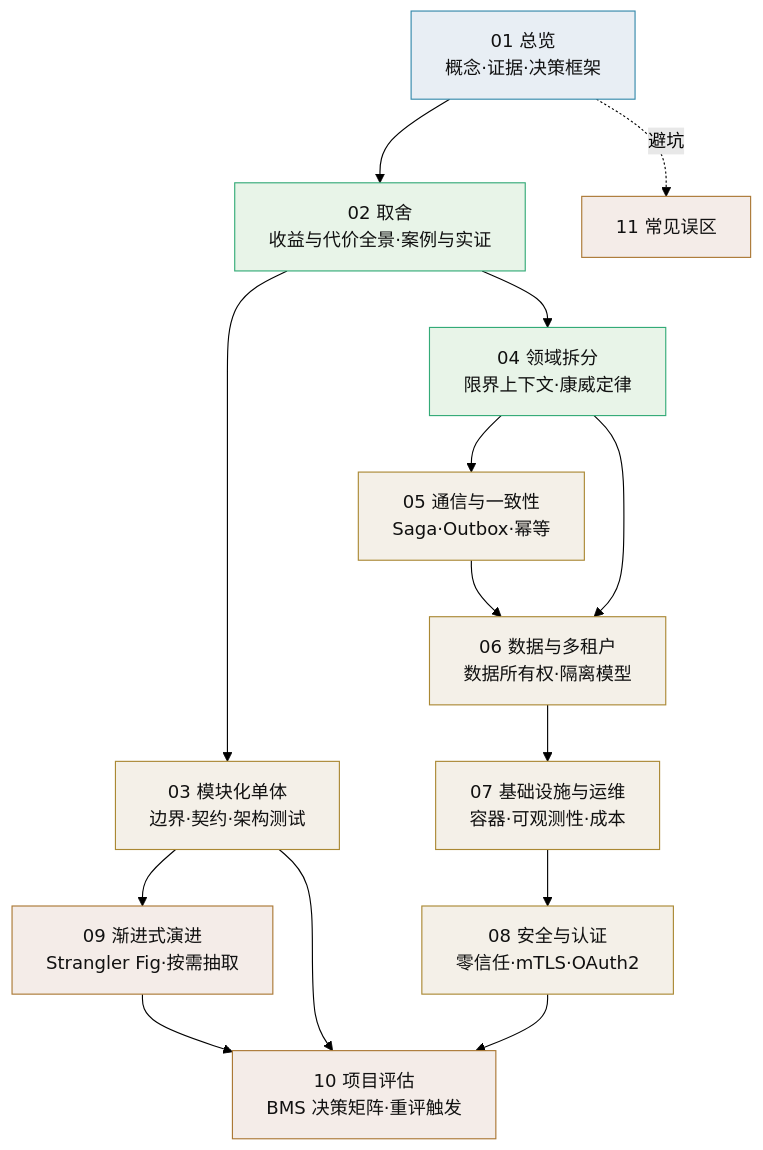
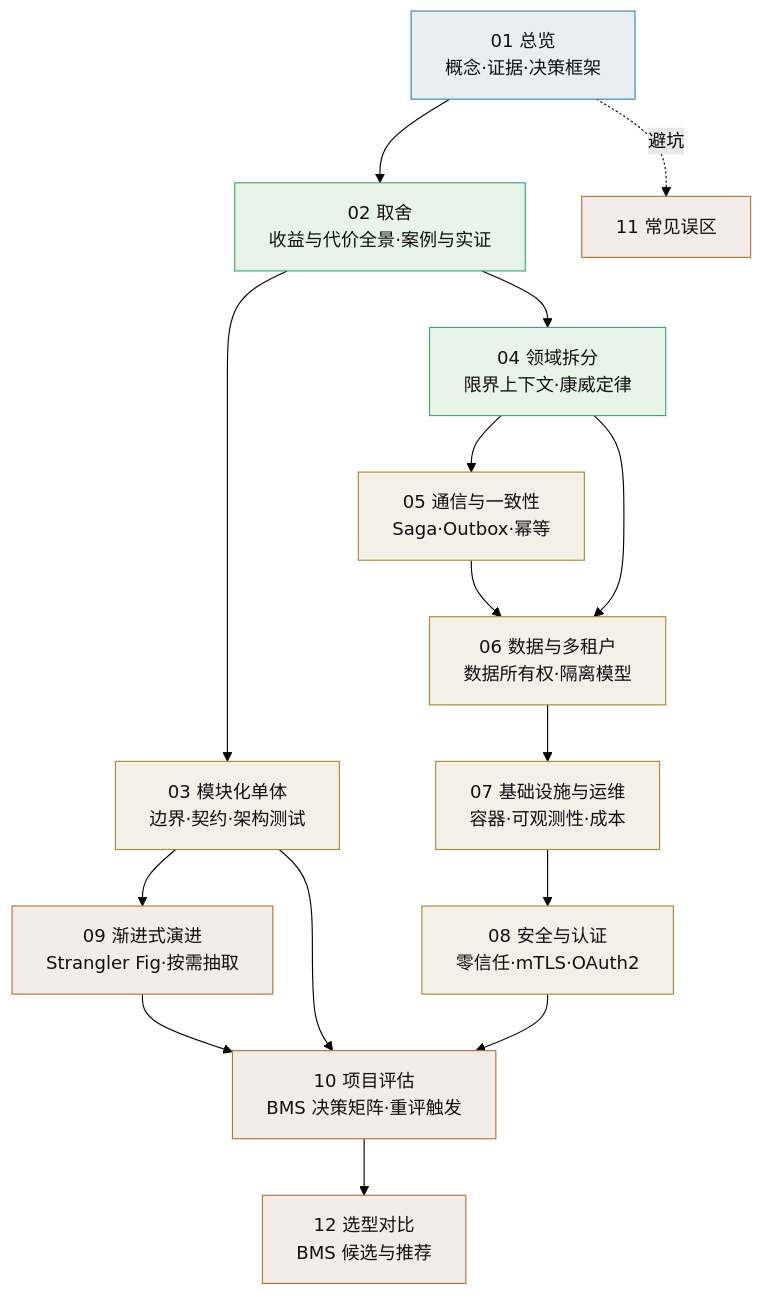
The diagram in bms文档/资料/知识档案/微服务/01_微服务_总览.md (minjian123/basic-management-system), drawn with Mermaid (forest theme) before and after one commit. The commit also changed other lines of this file and 36 other files, not shown here.

````diff
--- a/bms文档/资料/知识档案/微服务/01_微服务_总览.md
+++ b/bms文档/资料/知识档案/微服务/01_微服务_总览.md
@@ -58,30 +58,32 @@
 ```mermaid
 flowchart TB
     O[01 总览<br/>概念·证据·决策框架]:::core
     T[02 取舍<br/>收益与代价全景·案例与实证]:::theory
     M[03 模块化单体<br/>边界·契约·架构测试]:::how
     D[04 领域拆分<br/>限界上下文·康威定律]:::theory
     C[05 通信与一致性<br/>Saga·Outbox·幂等]:::how
     S[06 数据与多租户<br/>数据所有权·隔离模型]:::how
     K[07 基础设施与运维<br/>容器·可观测性·成本]:::how
     A[08 安全与认证<br/>零信任·mTLS·OAuth2]:::how
     R[09 渐进式演进<br/>Strangler Fig·按需抽取]:::stage
     E[10 项目评估<br/>BMS 决策矩阵·重评触发]:::stage
     P[11 常见误区]:::stage
+    G[12 选型对比<br/>BMS 候选与推荐]:::stage
     O --> T --> M
     T --> D
     D --> C
     D --> S
     M --> R
     C --> S
     S --> K
     K --> A
     R --> E
     A --> E
     M --> E
+    E --> G
     O -. 避坑 .-> P
     classDef core fill:#e8eef4,stroke:#38a,color:#111
     classDef theory fill:#e8f4e8,stroke:#3a7,color:#111
     classDef how fill:#f4f0e8,stroke:#a83,color:#111
     classDef stage fill:#f4ece8,stroke:#a73,color:#111
 ```
````
